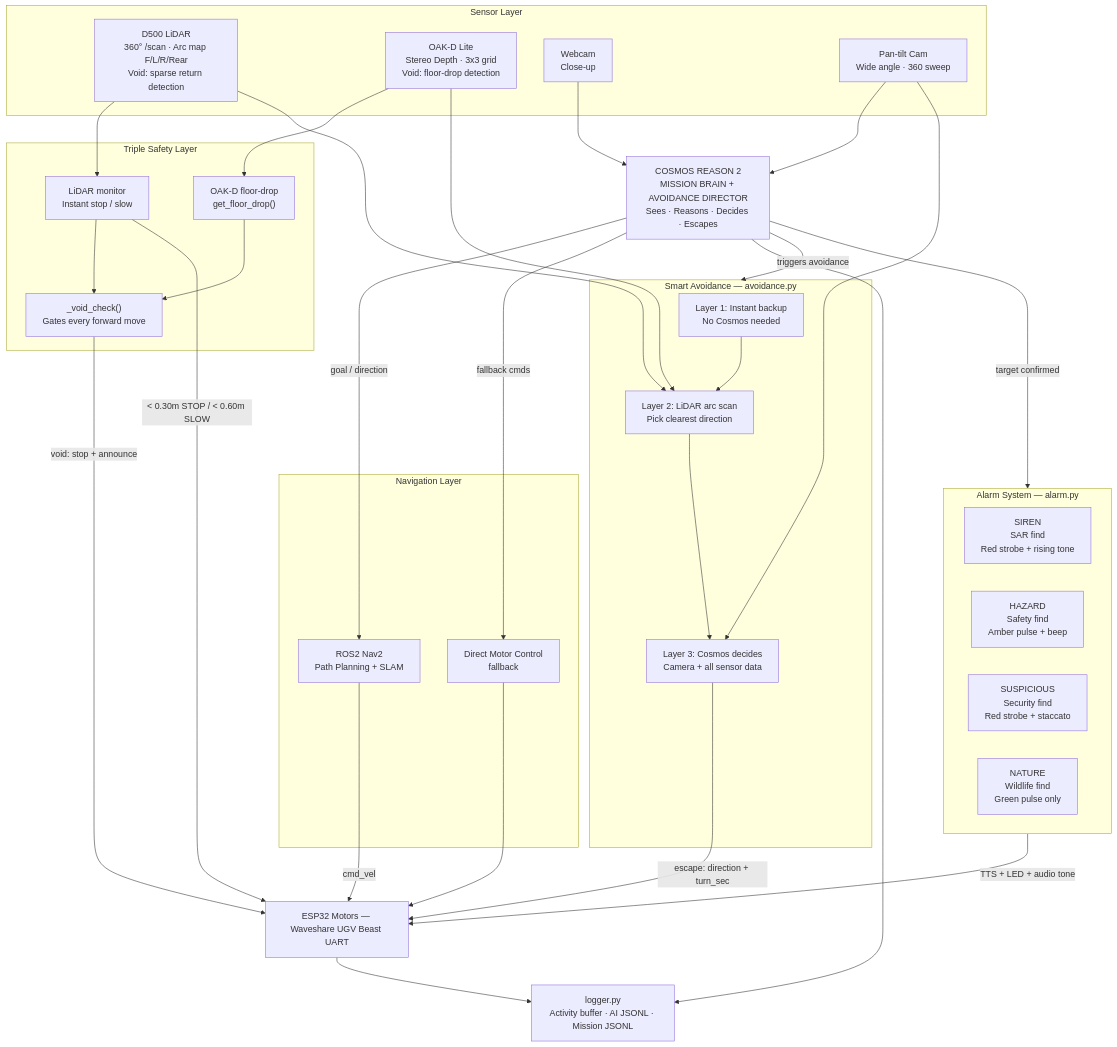
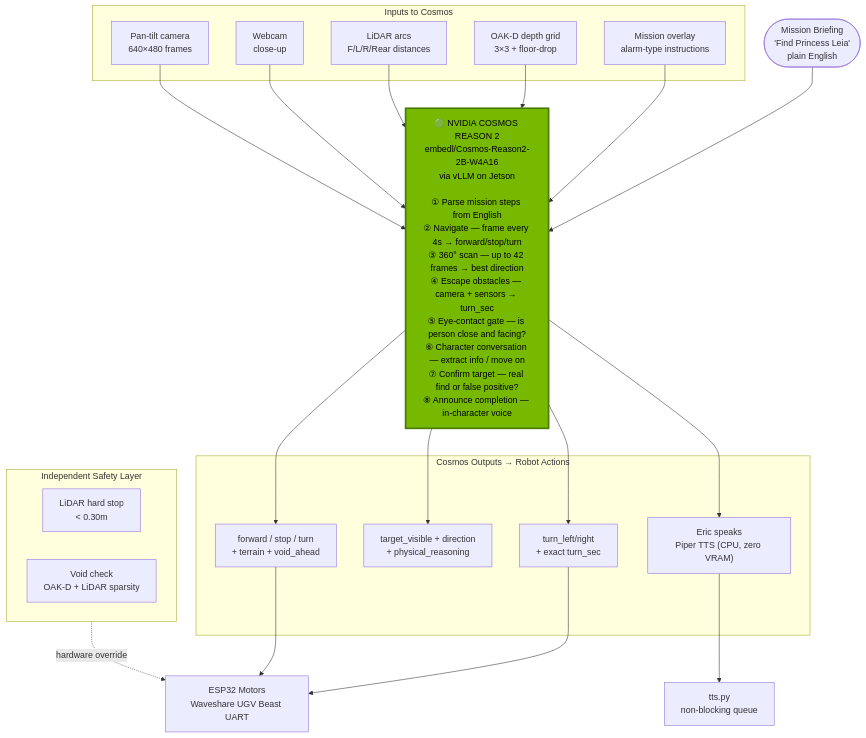
The diagram in README.md (OppaAI/eric), drawn with Mermaid before and after one commit. The commit also changed other lines of this file, not shown here.

````diff
--- a/README.md
+++ b/README.md
@@ -281,60 +26,36 @@
 ```mermaid
 flowchart TD
-    COSMOS["COSMOS REASON 2\nMISSION BRAIN + AVOIDANCE DIRECTOR\nSees · Reasons · Decides · Escapes"]
+    BRIEFING(["Mission Briefing\n'Find Princess Leia'\nplain English"])
 
-    subgraph SENSORS["Sensor Layer"]
-        LIDAR["D500 LiDAR\n360° /scan · Arc map F/L/R/Rear\nVoid: sparse return detection"]
-        OAKD["OAK-D Lite\nStereo Depth · 3x3 grid\nVoid: floor-drop detection"]
-        CAM1["Webcam\nClose-up"]
-        CAM2["Pan-tilt Cam\nWide angle · 360 sweep"]
+    COSMOS["🟢 NVIDIA COSMOS REASON 2\nembedl/Cosmos-Reason2-2B-W4A16\nvia vLLM on Jetson\n\n① Parse mission steps from English\n② Navigate — frame every 4s → forward/stop/turn\n③ 360° scan — up to 42 frames → best direction\n④ Escape obstacles — camera + sensors → turn_sec\n⑤ Eye-contact gate — is person close and facing?\n⑥ Character conversation — extract info / move on\n⑦ Confirm target — real find or false positive?\n⑧ Announce completion — in-character voice"]
+
+    style COSMOS fill:#76b900,color:#000,stroke:#4a7a00,stroke-width:3px
+
+    subgraph INPUTS["Inputs to Cosmos"]
+        CAM["Pan-tilt camera\n640×480 frames"]
+        WC["Webcam\nclose-up"]
+        LIDAR["LiDAR arcs\nF/L/R/Rear distances"]
+        OAKD["OAK-D depth grid\n3×3 + floor-drop"]
+        OVERLAY["Mission overlay\nalarm-type instructions"]
     end
 
-    subgraph ALARM["Alarm System — alarm.py"]
-        SIREN["SIREN\nSAR find\nRed strobe + rising tone"]
-        HAZARD["HAZARD\nSafety find\nAmber pulse + beep"]
-        SUSP["SUSPICIOUS\nSecurity find\nRed strobe + staccato"]
-        NATURE["NATURE\nWildlife find\nGreen pulse only"]
+    subgraph OUTPUTS["Cosmos Outputs → Robot Actions"]
+        NAV["forward / stop / turn\n+ terrain + void_ahead"]
+        TARGET["target_visible + direction\n+ physical_reasoning"]
+        ESCAPE["turn_left/right\n+ exact turn_sec"]
+        SPEECH["Eric speaks\nPiper TTS (CPU, zero VRAM)"]
     end
 
-    subgraph AVOIDANCE["Smart Avoidance — avoidance.py"]
-        AV1["Layer 1: Instant backup\nNo Cosmos needed"]
-        AV2["Layer 2: LiDAR arc scan\nPick clearest direction"]
-        AV3["Layer 3: Cosmos decides\nCamera + all sensor data"]
-        AV1 --> AV2 --> AV3
+    subgraph SAFETY["Independent Safety Layer"]
+        LIDAR_S["LiDAR hard stop\n< 0.30m"]
+        VOID["Void check\nOAK-D + LiDAR sparsity"]
     end
 
-    subgraph SAFETY["Triple Safety Layer"]
-        LIDAR_MON["LiDAR monitor\nInstant stop / slow"]
-        OAKD_MON["OAK-D floor-drop\nget_floor_drop()"]
-        VOID_GATE["_void_check()\nGates every forward move"]
-    end
+    BRIEFING --> COSMOS
+    CAM & WC & LIDAR & OAKD & OVERLAY --> COSMOS
+    COSMOS --> NAV & TARGET & ESCAPE & SPEECH
+    SAFETY -.->|"hardware override"| MOTORS
 
-    subgraph NAV["Navigation Layer"]
-        NAV2["ROS2 Nav2\nPath Planning + SLAM"]
-        DIRECT["Direct Motor Control\nfallback"]
-    end
-
-    MOTORS["ESP32 Motors — Waveshare UGV Beast UART"]
-    LOGGER["logger.py\nActivity buffer · AI JSONL · Mission JSONL"]
-
-    CAM1 --> COSMOS
-    CAM2 --> COSMOS
-    OAKD --> OAKD_MON --> VOID_GATE
-    LIDAR --> LIDAR_MON --> VOID_GATE
-    LIDAR --> AV2
-    OAKD --> AV2
-    CAM2 --> AV3
-
-    VOID_GATE -->|"void: stop + announce"| MOTORS
-    COSMOS -->|"goal / direction"| NAV2
-    COSMOS -->|"fallback cmds"| DIRECT
-    COSMOS -->|"triggers avoidance"| AVOIDANCE
-    COSMOS -->|"target confirmed"| ALARM
-    AV3 -->|"escape: direction + turn_sec"| MOTORS
-    NAV2 -->|cmd_vel| MOTORS
-    DIRECT --> MOTORS
-    LIDAR_MON -->|"< 0.30m STOP / < 0.60m SLOW"| MOTORS
-    ALARM -->|"TTS + LED + audio tone"| MOTORS
-    COSMOS --> LOGGER
-    MOTORS --> LOGGER
+    NAV & ESCAPE --> MOTORS["ESP32 Motors\nWaveshare UGV Beast UART"]
+    SPEECH --> TTS["tts.py\nnon-blocking queue"]
 ```
````
